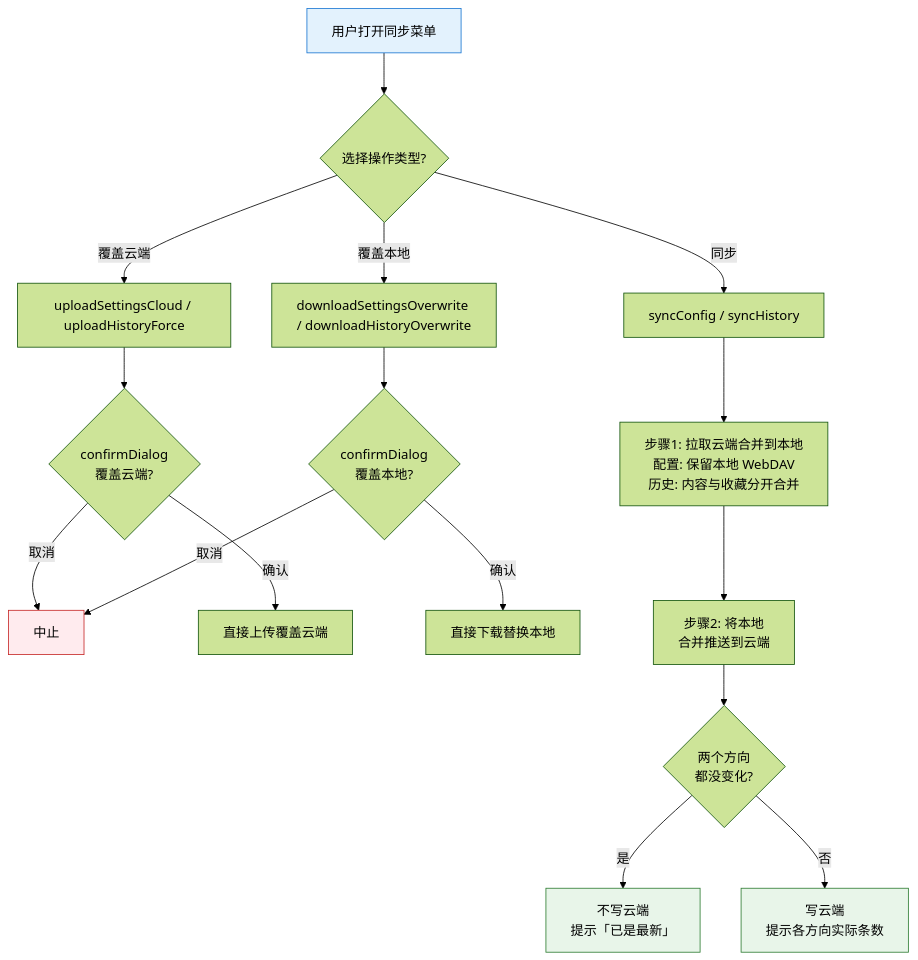
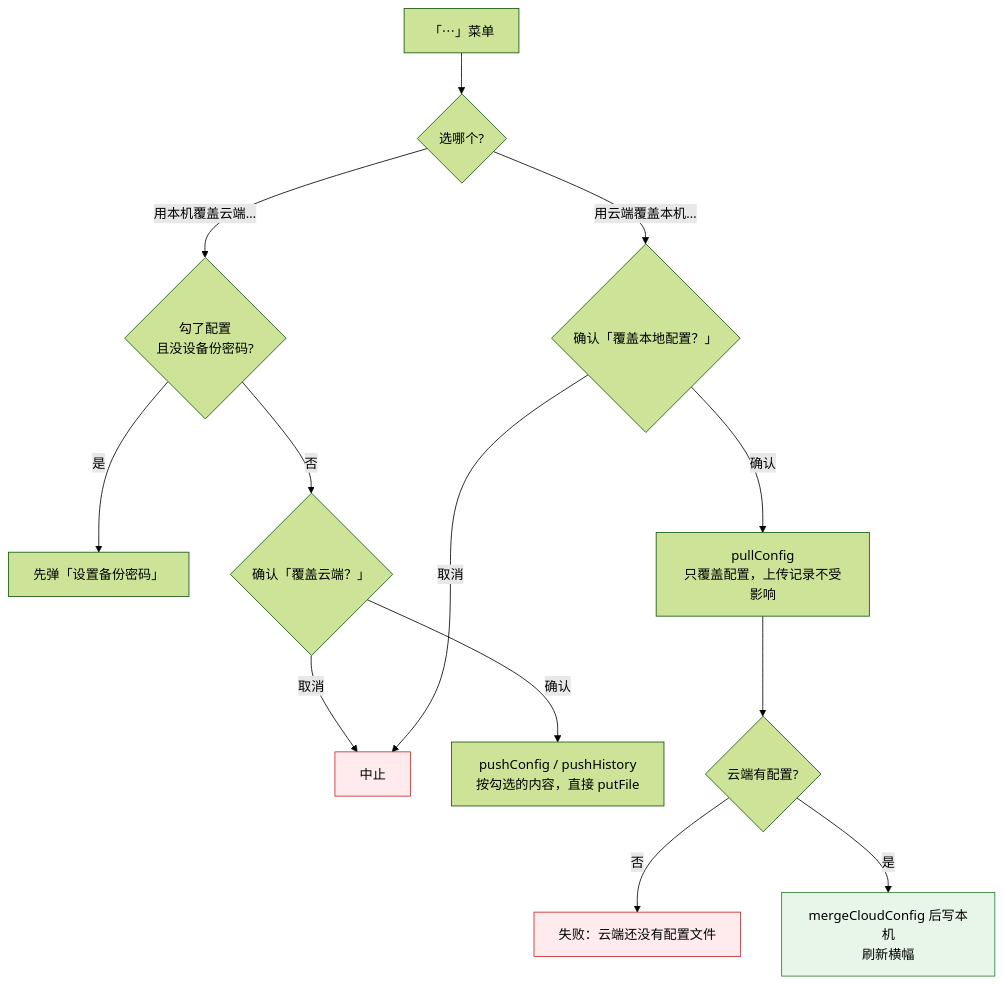
The second of 2 diagrams in docs/flows/sync-flow.md (joeyliu6/PicNexus), drawn with Mermaid (forest theme) before and after one commit. The commit also changed other lines of this file and 16 other files, not shown here.

Commit message:
docs: flows, reference and design docs describe the new settings page, sync and update flow

````diff
--- a/docs/flows/sync-flow.md
+++ b/docs/flows/sync-flow.md
@@ -134,29 +68,19 @@
 ```mermaid
 flowchart TD
-    A[用户打开同步菜单] --> B{选择操作类型?}
+    A[「⋯」菜单] --> B{选哪个?}
+    B -- 用本机覆盖云端… --> U0{勾了配置<br/>且没设备份密码?}
+    U0 -- 是 --> U00[先弹「设置备份密码」]
+    U0 -- 否 --> U1{确认「覆盖云端？」}
+    U1 -- 取消 --> X[中止]
+    U1 -- 确认 --> U2[pushConfig / pushHistory<br/>按勾选的内容，直接 putFile]
+    B -- 用云端覆盖本机… --> L1{确认「覆盖本地配置？」}
+    L1 -- 取消 --> X
+    L1 -- 确认 --> L2[pullConfig<br/>只覆盖配置，上传记录不受影响]
+    L2 --> L3{云端有配置?}
+    L3 -- 否 --> L4[失败：云端还没有配置文件]
+    L3 -- 是 --> L5[mergeCloudConfig 后写本机<br/>刷新横幅]
 
-    B -- 覆盖云端 --> U1[uploadSettingsCloud / uploadHistoryForce]
-    B -- 覆盖本地 --> D1[downloadSettingsOverwrite / downloadHistoryOverwrite]
-    B -- 同步 --> S1[syncConfig / syncHistory]
-
-    %% 覆盖类操作：二次确认
-    U1 --> U1C{confirmDialog<br/>覆盖云端?}
-    D1 --> D1C{confirmDialog<br/>覆盖本地?}
-    U1C -- 取消 --> X[中止]
-    D1C -- 取消 --> X
-    U1C -- 确认 --> U1E[直接上传覆盖云端]
-    D1C -- 确认 --> D1E[直接下载替换本地]
-
-    %% 同步：无确认直接执行，先拉取合并 → 再推送合并
-    S1 --> S1A["步骤1: 拉取云端合并到本地<br/>配置: 保留本地 WebDAV<br/>历史: 内容与收藏分开合并"]
-    S1A --> S1B[步骤2: 将本地<br/>合并推送到云端]
-    S1B --> S1C{两个方向<br/>都没变化?}
-    S1C -- 是 --> S1D["不写云端<br/>提示「已是最新」"]
-    S1C -- 否 --> S1E["写云端<br/>提示各方向实际条数"]
-
-    %% 样式
-    style A fill:#e3f2fd,stroke:#1976d2
     style X fill:#ffebee,stroke:#c62828
-    style S1D fill:#e8f5e9,stroke:#2e7d32
-    style S1E fill:#e8f5e9,stroke:#2e7d32
+    style L4 fill:#ffebee,stroke:#c62828
+    style L5 fill:#e8f5e9,stroke:#2e7d32
 ```
````
